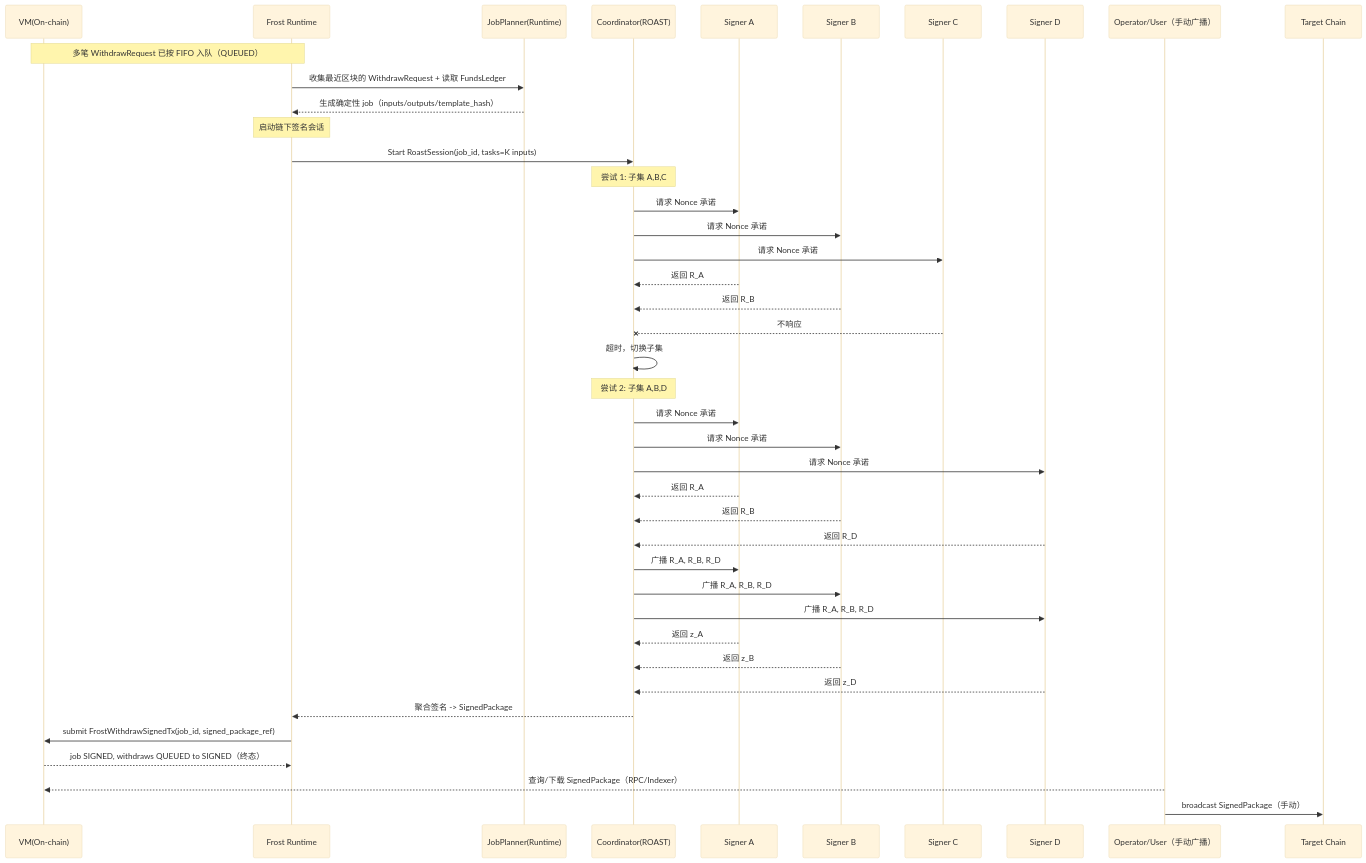
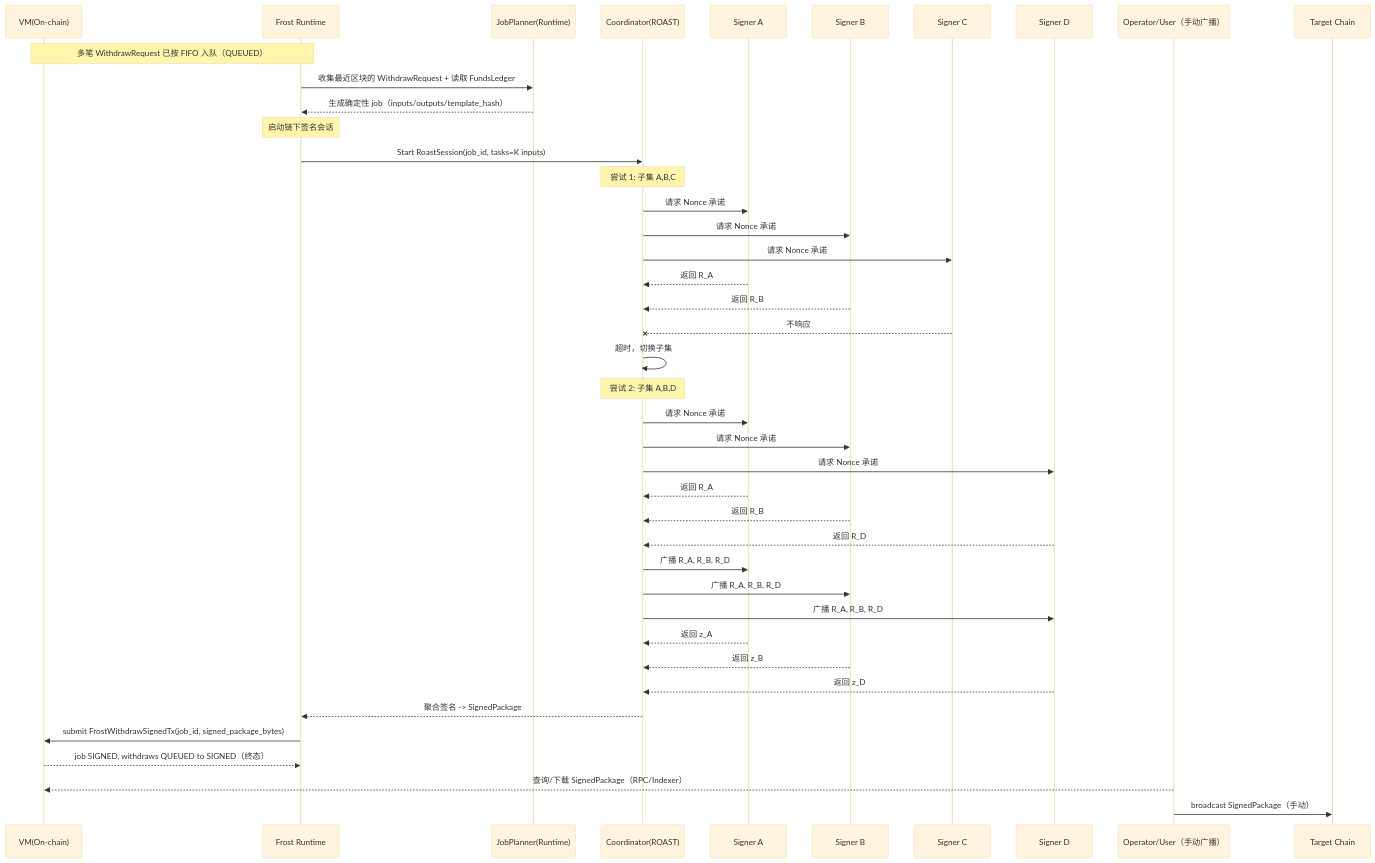
One commit to davidLeeeeeeeeeeee/dex changed the fifth of 8 diagrams in frost/design_v2_job.md. Above: the diagram before and after it, drawn with Mermaid (base theme). The commit also changed other lines of this file and 6 other files, not shown here.

````diff
--- a/frost/design_v2_job.md
+++ b/frost/design_v2_job.md
@@ -481,50 +495,50 @@
 ```mermaid
 sequenceDiagram
   participant VM as VM(On-chain)
   participant RT as Frost Runtime
   participant PL as JobPlanner(Runtime)
   participant CO as Coordinator(ROAST)
   participant A as Signer A
   participant B as Signer B
   participant C as Signer C
   participant D as Signer D
   participant OP as Operator/User（手动广播）
   participant CH as Target Chain
 
   Note over VM,RT: 多笔 WithdrawRequest 已按 FIFO 入队（QUEUED）
 
   RT->>PL: 收集最近区块的 WithdrawRequest + 读取 FundsLedger
   PL-->>RT: 生成确定性 job（inputs/outputs/template_hash）
   Note over RT: 启动链下签名会话
 
   RT->>CO: Start RoastSession(job_id, tasks=K inputs)
   Note over CO: 尝试 1: 子集 A,B,C
   CO->>A: 请求 Nonce 承诺
   CO->>B: 请求 Nonce 承诺
   CO->>C: 请求 Nonce 承诺
   A-->>CO: 返回 R_A
   B-->>CO: 返回 R_B
   C--xCO: 不响应
 
   CO->>CO: 超时，切换子集
   Note over CO: 尝试 2: 子集 A,B,D
   CO->>A: 请求 Nonce 承诺
   CO->>B: 请求 Nonce 承诺
   CO->>D: 请求 Nonce 承诺
   A-->>CO: 返回 R_A
   B-->>CO: 返回 R_B
   D-->>CO: 返回 R_D
   CO->>A: 广播 R_A, R_B, R_D
   CO->>B: 广播 R_A, R_B, R_D
   CO->>D: 广播 R_A, R_B, R_D
   A-->>CO: 返回 z_A
   B-->>CO: 返回 z_B
   D-->>CO: 返回 z_D
   CO-->>RT: 聚合签名 -> SignedPackage
 
-  RT->>VM: submit FrostWithdrawSignedTx(job_id, signed_package_ref)
+  RT->>VM: submit FrostWithdrawSignedTx(job_id, signed_package_bytes)
   VM-->>RT: job SIGNED, withdraws QUEUED to SIGNED（终态）
 
   OP-->>VM: 查询/下载 SignedPackage（RPC/Indexer）
   OP->>CH: broadcast SignedPackage（手动）
 ```
````
